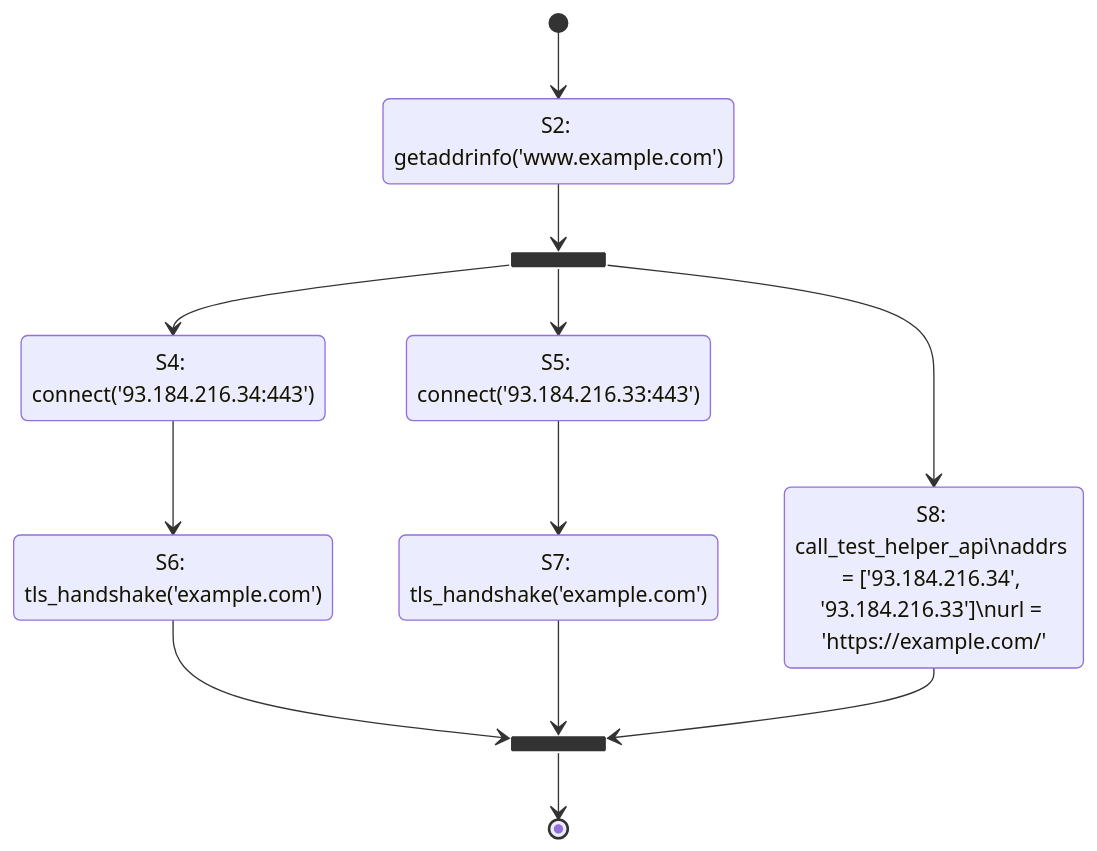
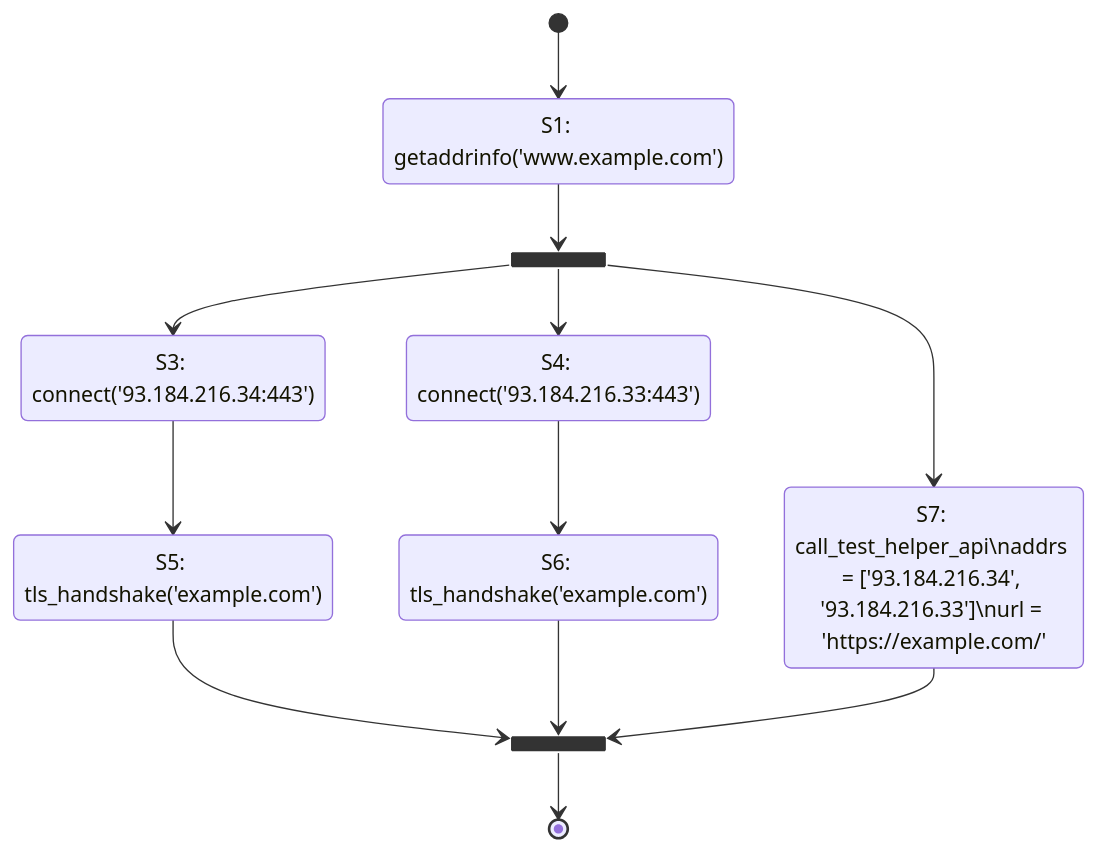
Before and after one commit to ooni/spec: the second of 2 diagrams in nettests/ts-017-web-connectivity.md, drawn with Mermaid. The commit also changed other lines of this file, not shown here.

````diff
--- a/nettests/ts-017-web-connectivity.md
+++ b/nettests/ts-017-web-connectivity.md
@@ -144,22 +144,22 @@
 ```mermaid
 stateDiagram-v2
-  state "S2: getaddrinfo('www.example.com')" as S2
-  [*] --> S2
-  state S3 <<fork>>
+  state "S1: getaddrinfo('www.example.com')" as S1
+  [*] --> S1
+  state S2 <<fork>>
+  S1 -->S2
+  state "S3: connect('93.184.216.34:443')" as S3
+  state "S4: connect('93.184.216.33:443')" as S4
   S2 --> S3
-  state "S4: connect('93.184.216.34:443')" as S4
-  state "S5: connect('93.184.216.33:443')" as S5
-  S3 --> S4
+  S2 --> S4
+  state "S5: tls_handshake('example.com')" as S5
+  state "S6: tls_handshake('example.com')" as S6
   S3 --> S5
-  state "S6: tls_handshake('example.com')" as S6
-  state "S7: tls_handshake('example.com')" as S7
   S4 --> S6
-  S5 --> S7
-  state "S8: call_test_helper_api\naddrs = ['93.184.216.34', '93.184.216.33']\nurl = 'https://example.com/'" as S8
-  S3 --> S8
-  state S9 <<join>>
-  S6 --> S9
-  S7 --> S9
-  S8 --> S9
-  S9 --> [*]
+  state "S7: call_test_helper_api\naddrs = ['93.184.216.34', '93.184.216.33']\nurl = 'https://example.com/'" as S7
+  S2 --> S7
+  state S8 <<join>>
+  S5 --> S8
+  S6 --> S8
+  S7 --> S8
+  S8 --> [*]
 ```
````
